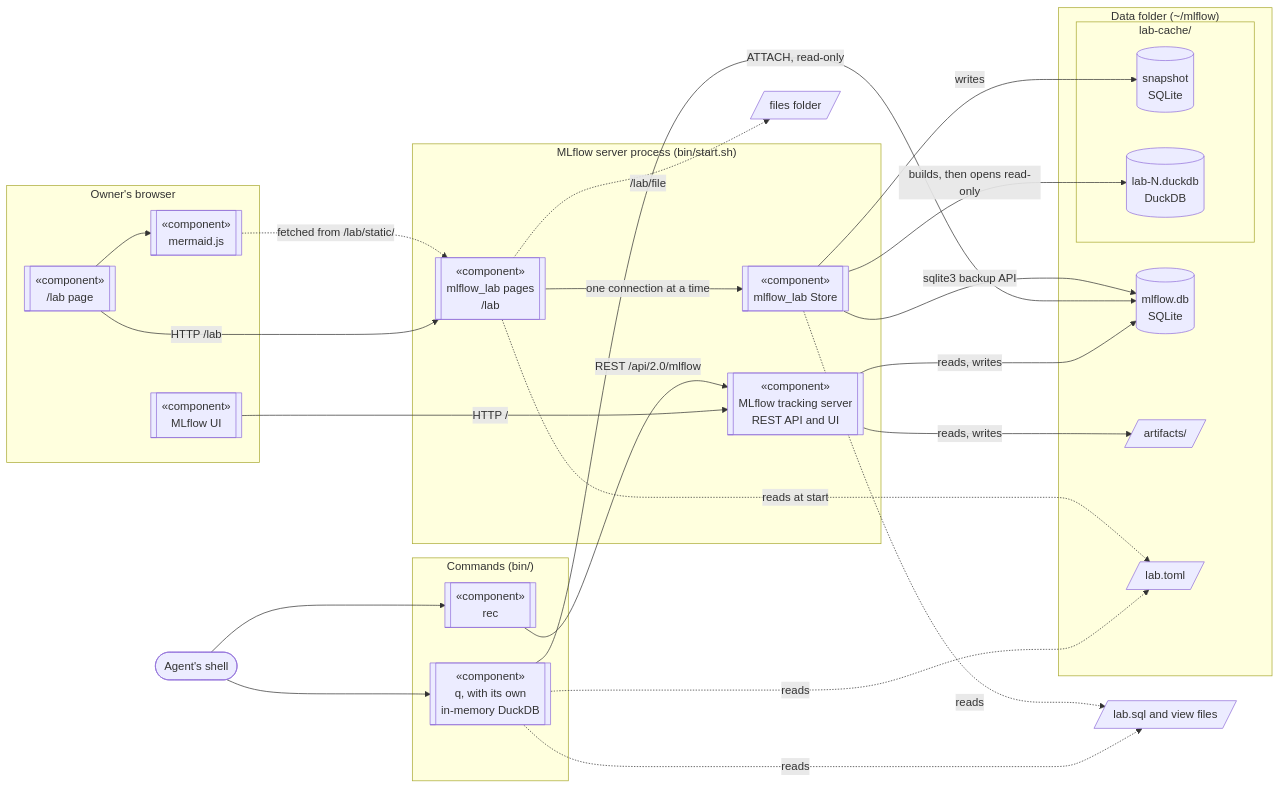
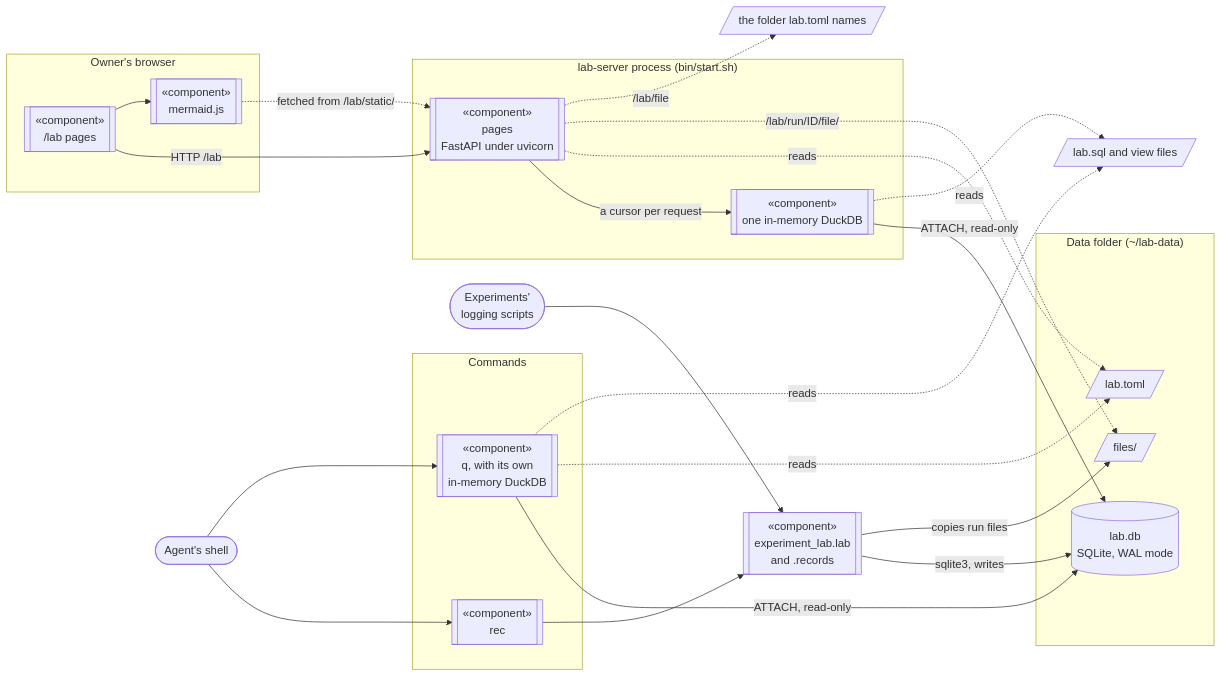
One commit to dgutson/experiment-lab changed the diagram in README.md. Above: the diagram before and after it, drawn with Mermaid. The commit also changed other lines of this file and 50 other files, not shown here.

First line of the commit message:
Replace MLflow with the lab's own database, lab.db

````diff
--- a/README.md
+++ b/README.md
@@ -31,53 +50,48 @@
 ```mermaid
 flowchart LR
     subgraph browser["Owner's browser"]
-        ui[["«component»<br/>MLflow UI"]]
-        labpage[["«component»<br/>/lab page"]]
+        labpage[["«component»<br/>/lab pages"]]
         mermaid[["«component»<br/>mermaid.js"]]
     end
     shell(["Agent's shell"])
+    scripts(["Experiments'<br/>logging scripts"])
 
-    subgraph server["MLflow server process (bin/start.sh)"]
-        tracking[["«component»<br/>MLflow tracking server<br/>REST API and UI"]]
-        pages[["«component»<br/>mlflow_lab pages<br/>/lab"]]
-        store[["«component»<br/>mlflow_lab Store"]]
+    subgraph server["lab-server process (bin/start.sh)"]
+        pages[["«component»<br/>pages<br/>FastAPI under uvicorn"]]
+        pagesdb[["«component»<br/>one in-memory DuckDB"]]
     end
 
-    subgraph tools["Commands (bin/)"]
+    subgraph commands["Commands"]
         rec[["«component»<br/>rec"]]
         q[["«component»<br/>q, with its own<br/>in-memory DuckDB"]]
     end
+    lab[["«component»<br/>experiment_lab.lab<br/>and .records"]]
 
-    subgraph data["Data folder (~/mlflow)"]
-        mlflowdb[("mlflow.db<br/>SQLite")]
-        artifacts[/"artifacts/"/]
+    subgraph data["Data folder (~/lab-data)"]
+        labdb[("lab.db<br/>SQLite, WAL mode")]
+        files[/"files/"/]
         toml[/"lab.toml"/]
-        subgraph cache["lab-cache/"]
-            snapshot[("snapshot<br/>SQLite")]
-            labdb[("lab-N.duckdb<br/>DuckDB")]
-        end
     end
 
     views[/"lab.sql and view files"/]
-    files[/"files folder"/]
+    shown[/"the folder lab.toml names"/]
 
-    ui -->|"HTTP /"| tracking
     labpage -->|"HTTP /lab"| pages
     labpage --> mermaid
     mermaid -.->|"fetched from /lab/static/"| pages
     shell --> rec
     shell --> q
-    rec -->|"REST /api/2.0/mlflow"| tracking
-    tracking -->|"reads, writes"| mlflowdb
-    tracking -->|"reads, writes"| artifacts
-    q -->|"ATTACH, read-only"| mlflowdb
+    rec --> lab
+    scripts --> lab
+    lab -->|"sqlite3, writes"| labdb
+    lab -->|"copies run files"| files
+    q -->|"ATTACH, read-only"| labdb
     q -.->|"reads"| toml
     q -.->|"reads"| views
-    pages -->|"one connection at a time"| store
-    pages -.->|"reads at start"| toml
-    pages -.->|"/lab/file"| files
-    store -->|"sqlite3 backup API"| mlflowdb
-    store -->|"writes"| snapshot
-    store -->|"builds, then opens read-only"| labdb
-    store -.->|"reads"| views
+    pages -->|"a cursor per request"| pagesdb
+    pagesdb -->|"ATTACH, read-only"| labdb
+    pagesdb -.->|"reads"| views
+    pages -.->|"reads"| toml
+    pages -.->|"/lab/run/ID/file/"| files
+    pages -.->|"/lab/file"| shown
 ```
````
